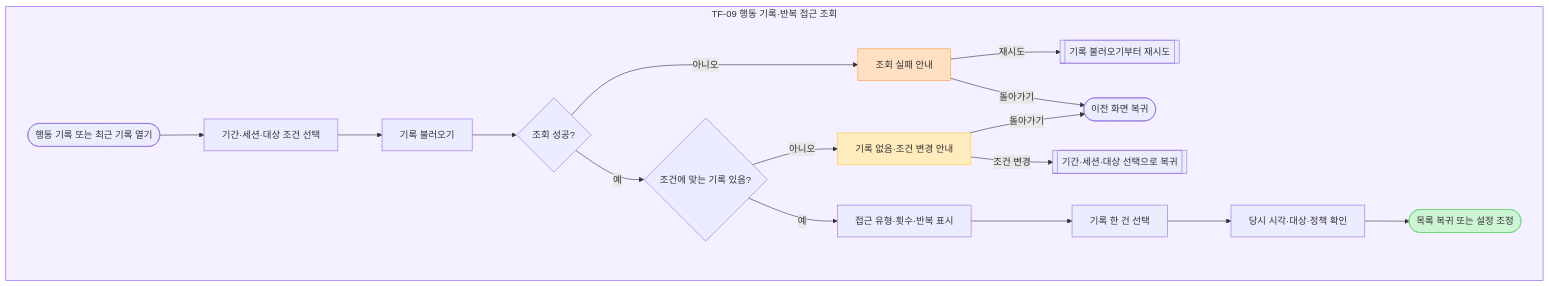
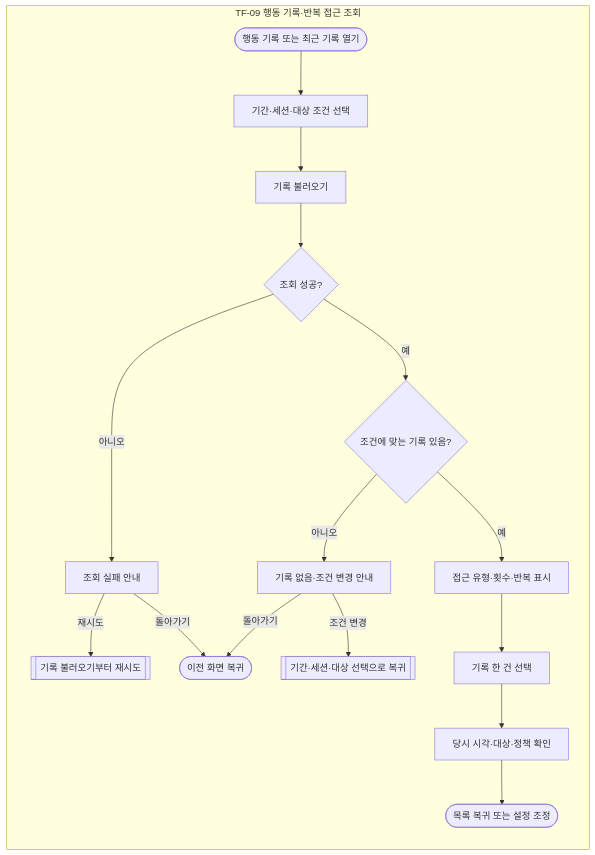
Before and after one commit to kdu-sw-capstone/capstone-project: the ninth of 13 diagrams in docs/design/01_UX_기능설계/FOCURVE_Task_Flow_v1.0.md, drawn with Mermaid. The commit also changed other lines of this file and 34 other files, not shown here.

````diff
--- a/docs/design/01_UX_기능설계/FOCURVE_Task_Flow_v1.0.md
+++ b/docs/design/01_UX_기능설계/FOCURVE_Task_Flow_v1.0.md
@@ -539,37 +511,34 @@
 ```mermaid
 flowchart TB
 subgraph taskNine["TF-09 행동 기록·반복 접근 조회"]
+    direction TB
 logOpen(["행동 기록 또는 최근 기록 열기"])
 logFilter["기간·세션·대상 조건 선택"]
 logLoad["기록 불러오기"]
 logLoaded{"조회 성공?"}
 logError["조회 실패 안내"]
 logExists{"조건에 맞는 기록 있음?"}
 logEmpty["기록 없음·조건 변경 안내"]
 logList["접근 유형·횟수·반복 표시"]
 logSelect["기록 한 건 선택"]
 logDetail["당시 시각·대상·정책 확인"]
 logDone(["목록 복귀 또는 설정 조정"])
 logBack(["이전 화면 복귀"])
 logOpen --> logFilter
 logFilter --> logLoad
 logLoad --> logLoaded
 logLoaded -->|"아니오"| logError
 logError -->|"재시도"| logRetryLoad
 logError -->|"돌아가기"| logBack
 logLoaded -->|"예"| logExists
 logExists -->|"아니오"| logEmpty
 logEmpty -->|"조건 변경"| logRetryFilter
 logEmpty -->|"돌아가기"| logBack
 logExists -->|"예"| logList
 logList --> logSelect
 logSelect --> logDetail
 logDetail --> logDone
 logRetryLoad[["기록 불러오기부터 재시도"]]
 logRetryFilter[["기간·세션·대상 선택으로 복귀"]]
 end
-style taskNine fill:#F5F0FF,stroke:#874FFF
-style logEmpty fill:#FFECBD,stroke:#FFC943
-style logError fill:#FFE0C2,stroke:#FF9E42
-style logDone fill:#CDF4D3,stroke:#66D575
 ```
````
